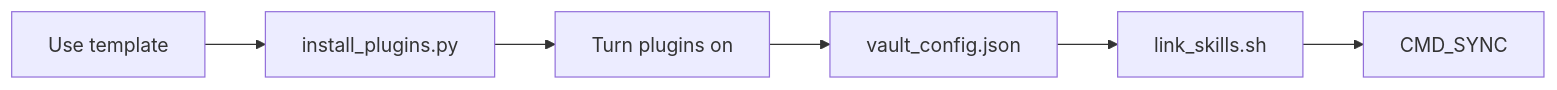
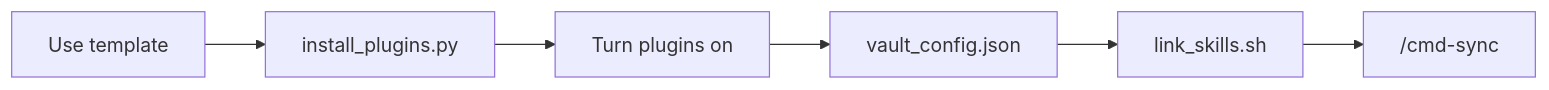
One commit to zelvet-velvet/agent-worklog-vault changed the sixth of 6 diagrams in README.md. Above: the diagram before and after it, drawn with Mermaid. The commit also changed other lines of this file and 16 other files, not shown here.

````diff
--- a/README.md
+++ b/README.md
@@ -118,4 +118,4 @@
 ```mermaid
 flowchart LR
-    A[Use template] --> B[install_plugins.py] --> C[Turn plugins on] --> D[vault_config.json] --> E[link_skills.sh] --> F[CMD_SYNC]
+    A[Use template] --> B[install_plugins.py] --> C[Turn plugins on] --> D[vault_config.json] --> E[link_skills.sh] --> F["/cmd-sync"]
 ```
````
